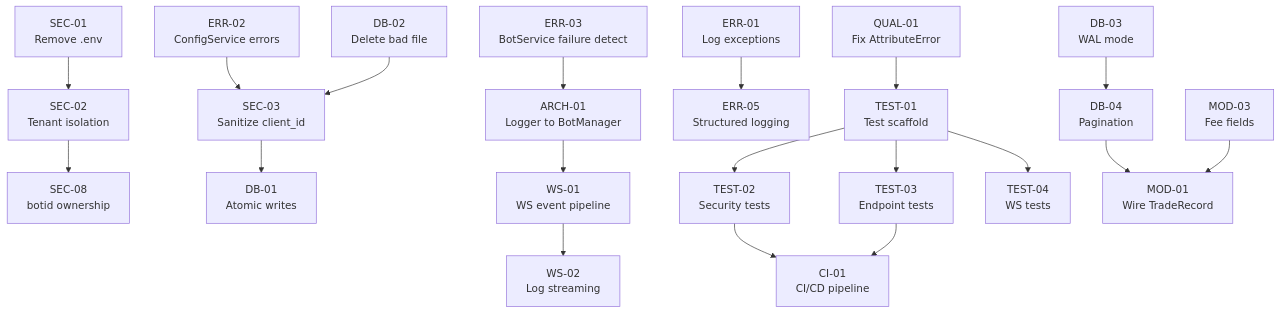
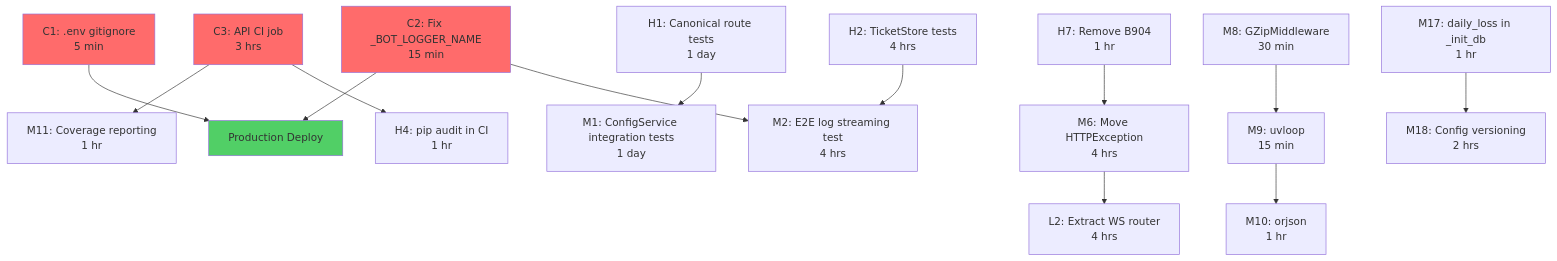
Before and after one commit to jreinaldodasilva/sonarft-monorepo: the diagram in packages/api/docs/roadmap/12-implementation-roadmap.md, drawn with Mermaid. The commit also changed other lines of this file and 11 other files, not shown here.

````diff
--- a/packages/api/docs/roadmap/12-implementation-roadmap.md
+++ b/packages/api/docs/roadmap/12-implementation-roadmap.md
@@ -85,21 +89,25 @@
 ```mermaid
 graph TD
-    SEC01[SEC-01\nRemove .env] --> SEC02
-    SEC02[SEC-02\nTenant isolation] --> SEC08[SEC-08\nbotid ownership]
-    SEC03[SEC-03\nSanitize client_id] --> DB01[DB-01\nAtomic writes]
-    ARCH01[ARCH-01\nLogger to BotManager] --> WS01[WS-01\nWS event pipeline]
-    WS01 --> WS02[WS-02\nLog streaming]
-    ERR01[ERR-01\nLog exceptions] --> ERR05[ERR-05\nStructured logging]
-    ERR02[ERR-02\nConfigService errors] --> SEC03
-    ERR03[ERR-03\nBotService failure detect] --> ARCH01
-    DB02[DB-02\nDelete bad file] --> SEC03
-    QUAL01[QUAL-01\nFix AttributeError] --> TEST01
-    TEST01[TEST-01\nTest scaffold] --> TEST02[TEST-02\nSecurity tests]
-    TEST01 --> TEST03[TEST-03\nEndpoint tests]
-    TEST01 --> TEST04[TEST-04\nWS tests]
-    TEST02 --> CI01[CI-01\nCI/CD pipeline]
-    TEST03 --> CI01
-    DB03[DB-03\nWAL mode] --> DB04[DB-04\nPagination]
-    DB04 --> MOD01[MOD-01\nWire TradeRecord]
-    MOD03[MOD-03\nFee fields] --> MOD01
+    C1[C1: .env gitignore\n5 min] --> DEPLOY[Production Deploy]
+    C2[C2: Fix _BOT_LOGGER_NAME\n15 min] --> DEPLOY
+
+    C3[C3: API CI job\n3 hrs] --> M11[M11: Coverage reporting\n1 hr]
+    C3 --> H4[H4: pip audit in CI\n1 hr]
+
+    H1[H1: Canonical route tests\n1 day] --> M1[M1: ConfigService integration tests\n1 day]
+    H2[H2: TicketStore tests\n4 hrs] --> M2[M2: E2E log streaming test\n4 hrs]
+    C2 --> M2
+
+    H7[H7: Remove B904\n1 hr] --> M6[M6: Move HTTPException\n4 hrs]
+    M6 --> L2[L2: Extract WS router\n4 hrs]
+
+    M8[M8: GZipMiddleware\n30 min] --> M9[M9: uvloop\n15 min]
+    M9 --> M10[M10: orjson\n1 hr]
+
+    M17[M17: daily_loss in _init_db\n1 hr] --> M18[M18: Config versioning\n2 hrs]
+
+    style C1 fill:#ff6b6b
+    style C2 fill:#ff6b6b
+    style C3 fill:#ff6b6b
+    style DEPLOY fill:#51cf66
 ```
````
